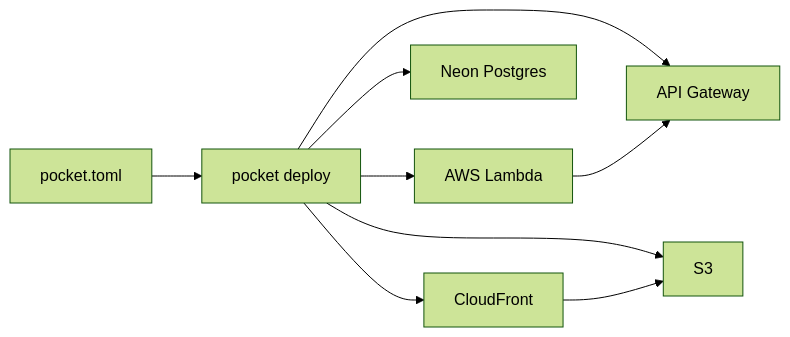
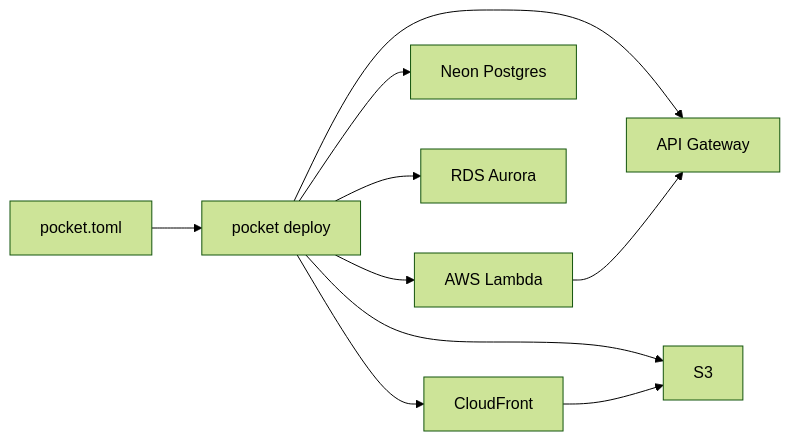
Before and after one commit to worgue/magic-pocket: the diagram in docs/index.md, drawn with Mermaid (forest theme). The commit also changed other lines of this file and 19 other files, not shown here.

First line of the commit message:
:sparkles: RDS Aurora PostgreSQL Serverless v2 サポートを追加

````diff
--- a/docs/index.md
+++ b/docs/index.md
@@ -17,11 +17,12 @@
 ```mermaid
 graph LR
     A[pocket.toml] --> B[pocket deploy]
     B --> C[AWS Lambda]
     B --> D[Neon Postgres]
+    B --> D2[RDS Aurora]
     B --> E[S3]
     B --> F[API Gateway]
     B --> G[CloudFront]
     C --> F
     G --> E
 ```
````
